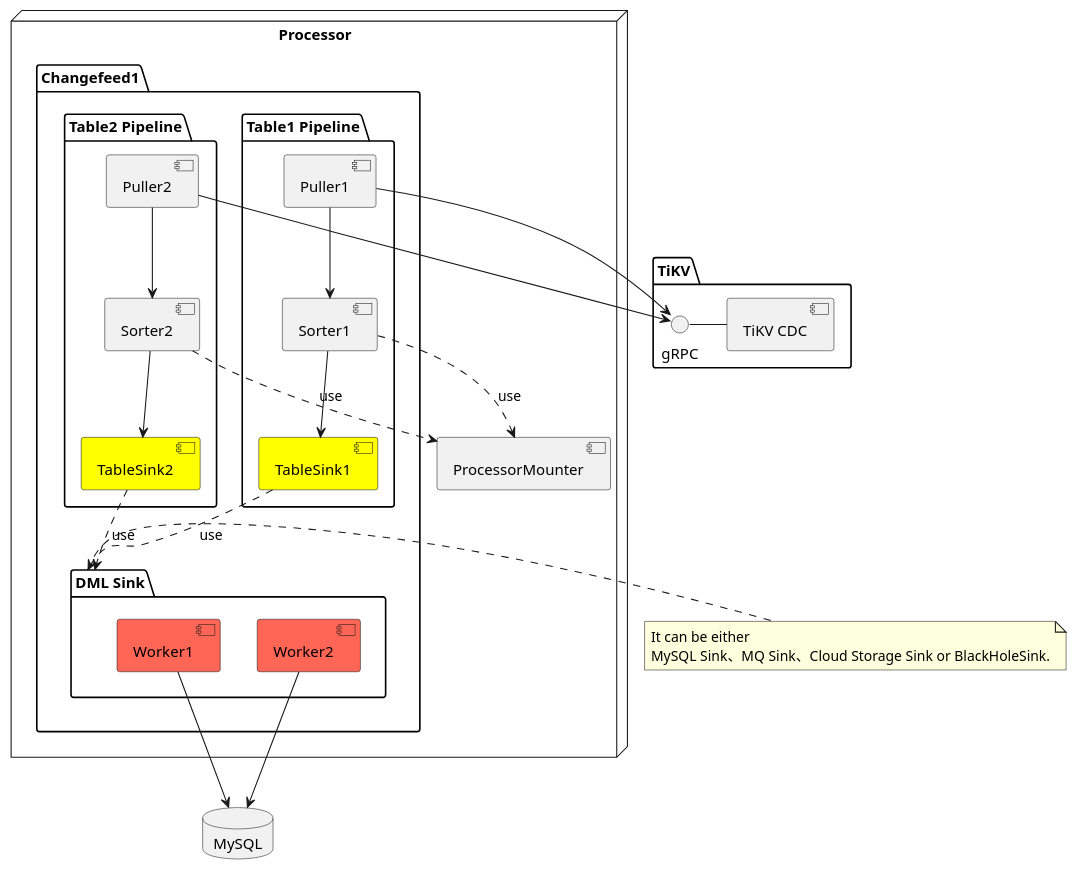
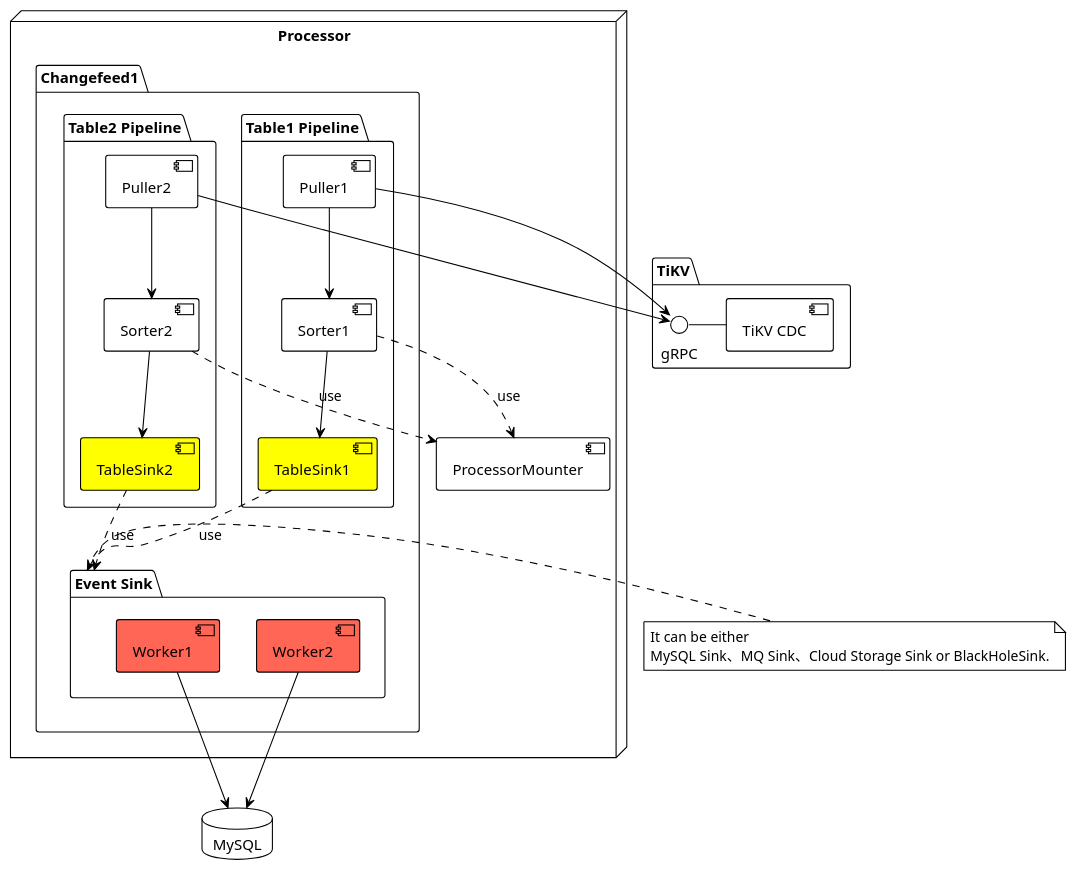
One commit to 0xPoe/talks changed the fifth of 6 diagrams in ticdc-new-sink.slide/slides.md. Above: the diagram before and after it, drawn with PlantUML. The commit also changed other lines of this file, not shown here.

Commit message:
Use plain theme

````diff
--- a/ticdc-new-sink.slide/slides.md
+++ b/ticdc-new-sink.slide/slides.md
@@ -362,46 +363,46 @@
 ```plantuml {scale: 1}
 @startuml
-
+!theme plain
 package "TiKV" {
   gRPC - [TiKV CDC]
 }
 
 node "Processor" {
   [ProcessorMounter]
   package "Changefeed1" {
     package "Table1 Pipeline" {
       [Puller1] --> [gRPC]
       [Sorter1]
       [TableSink1] #Yellow
     }
     package "Table2 Pipeline" {
       [Puller2] --> [gRPC]
       [Sorter2]
       [TableSink2] #Yellow
     }
-    package "DML Sink" {
+    package "Event Sink" {
       [Worker1] #FF6655
       [Worker2] #FF6655
     }
   }
 }
 
 database "MySQL"
 
-note right of [DML Sink]
+note right of [Event Sink]
   It can be either
   MySQL Sink、MQ Sink、Cloud Storage Sink or BlackHoleSink.
 end note
 
 [Worker1] --> [MySQL]
 [Worker2] --> [MySQL]
 [Sorter1] ..> [ProcessorMounter] : use
 [Sorter2] ..> [ProcessorMounter] : use
-[TableSink1] ..> [DML Sink] : use
-[TableSink2] ..> [DML Sink] : use
+[TableSink1] ..> [Event Sink] : use
+[TableSink2] ..> [Event Sink] : use
 [Puller1] --> [Sorter1]
 [Sorter1] --> [TableSink1]
 [Puller2] --> [Sorter2]
 [Sorter2] --> [TableSink2]
 @enduml
 ```
````
